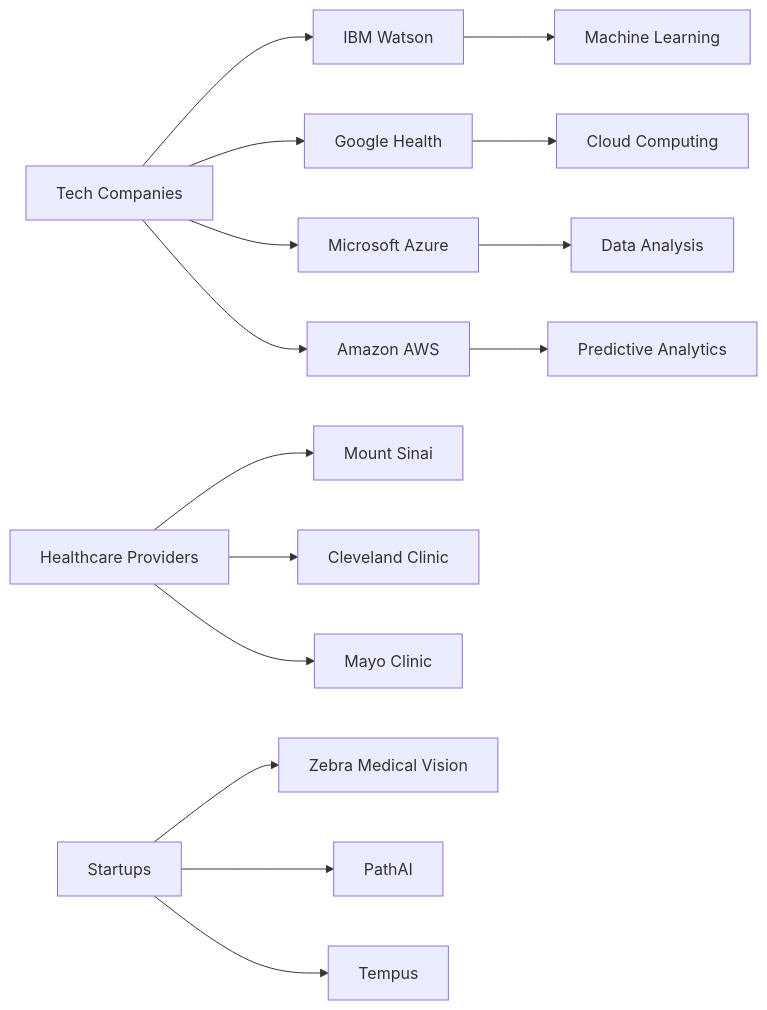
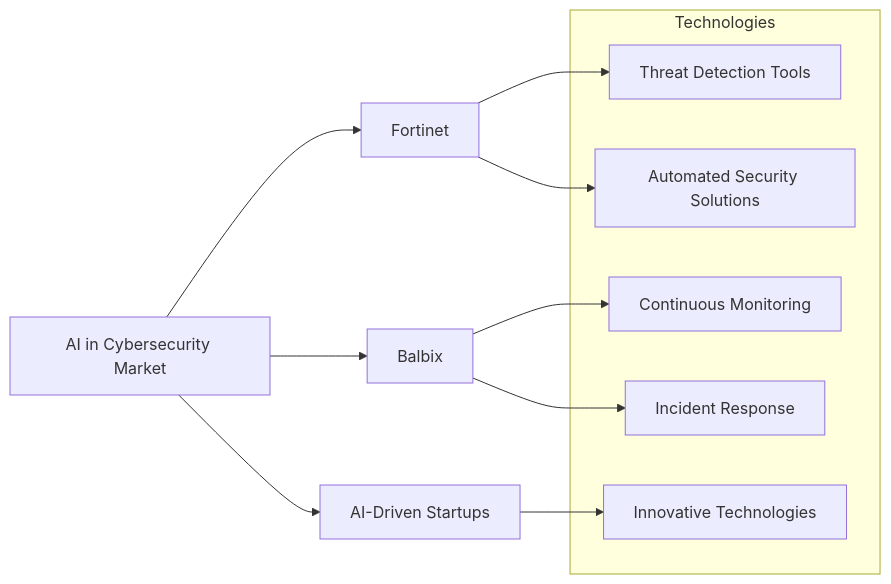
Before and after one commit to jainsamyak15/Research-Agent: the second of 4 diagrams in research_report_20250311.md, drawn with Mermaid. The commit also changed other lines of this file and 4 other files, not shown here.

````diff
--- a/research_report_20250311.md
+++ b/research_report_20250311.md
@@ -43,17 +55,19 @@
 ```mermaid
 graph LR;
-    A[Tech Companies] --> B[IBM Watson]
-    A --> C[Google Health]
-    A --> D[Microsoft Azure]
-    A --> E[Amazon AWS]
-    F[Healthcare Providers] --> G[Mount Sinai]
-    F --> H[Cleveland Clinic]
-    F --> I[Mayo Clinic]
-    J[Startups] --> K[Zebra Medical Vision]
-    J --> L[PathAI]
-    J --> M[Tempus]
-    B --> N[Machine Learning]
-    C --> O[Cloud Computing]
-    D --> P[Data Analysis]
-    E --> Q[Predictive Analytics]
+    A[AI in Cybersecurity Market] --> B[Fortinet]
+    A --> C[Balbix]
+    A --> D[AI-Driven Startups]
+    B --> E[Threat Detection Tools]
+    B --> F[Automated Security Solutions]
+    C --> G[Continuous Monitoring]
+    C --> H[Incident Response]
+    D --> I[Innovative Technologies]
+    
+    subgraph Technologies
+        E
+        F
+        G
+        H
+        I
+    end
 ```
````
